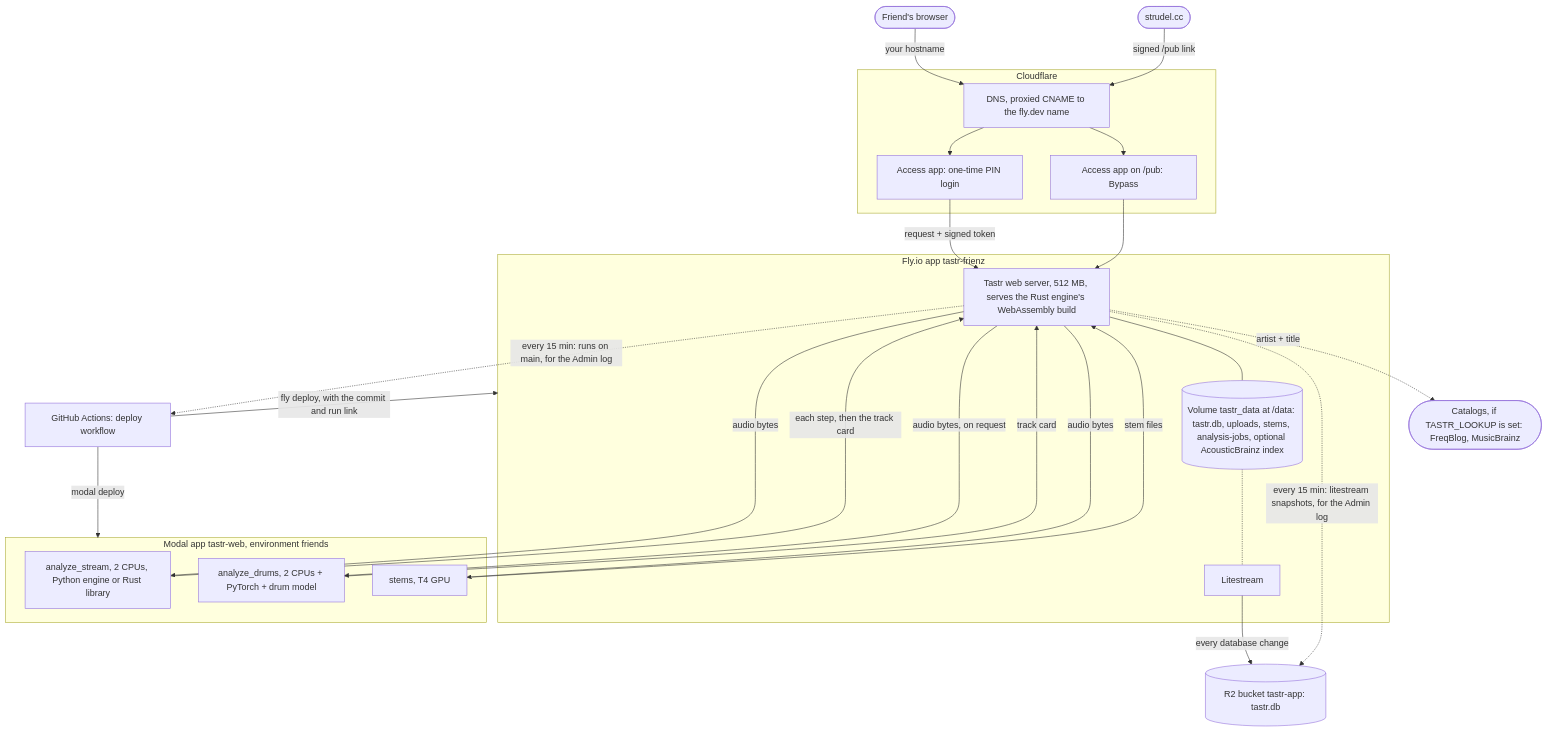
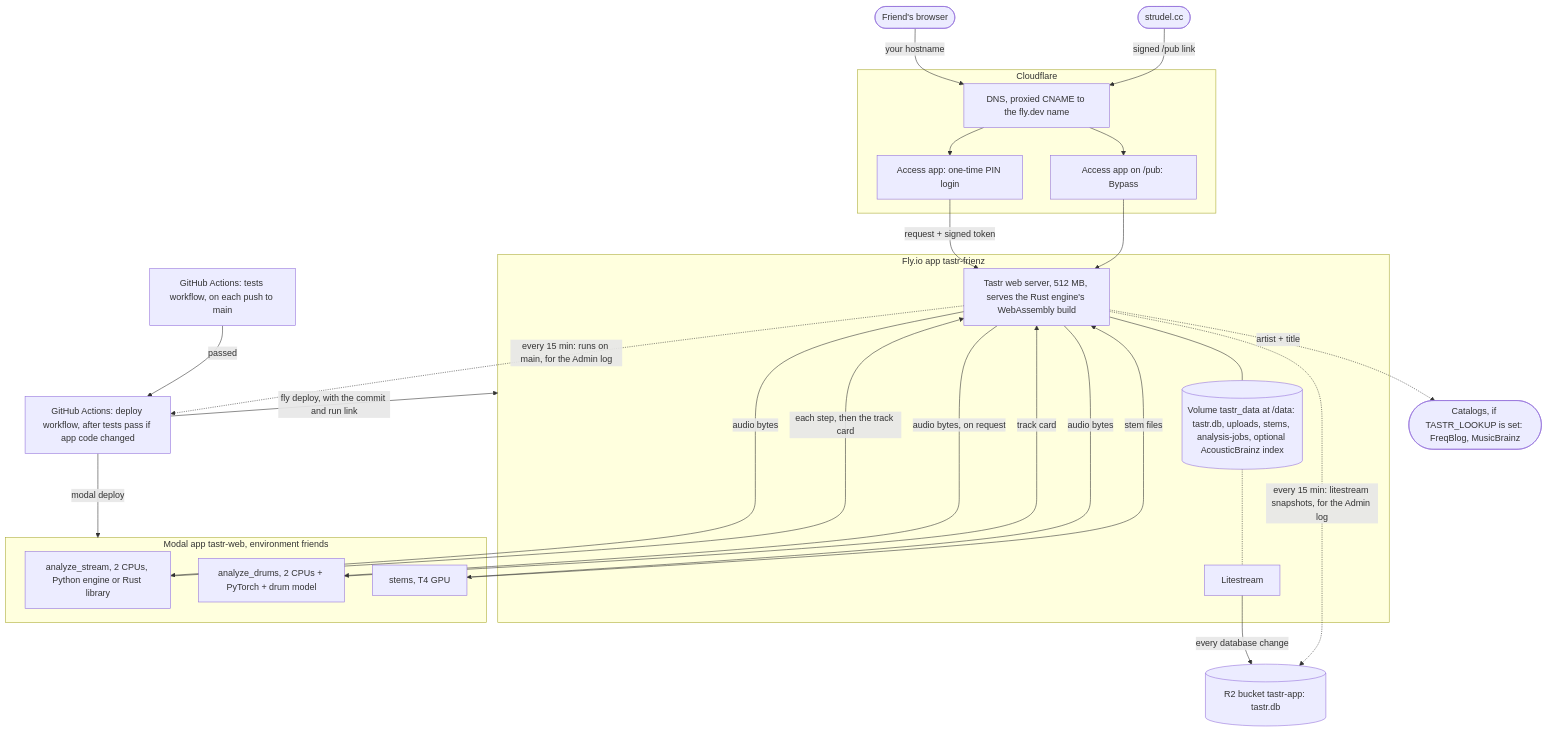
The first of 2 diagrams in docs/hosting-map.md (pocketIlmatto/tastr), drawn with Mermaid before and after one commit. The commit also changed other lines of this file and 3 other files, not shown here.

First line of the commit message:
Deploy automatically after tests pass on main (#71)

````diff
--- a/docs/hosting-map.md
+++ b/docs/hosting-map.md
@@ -25,37 +25,39 @@
 ```mermaid
 flowchart TB
   F([Friend's browser])
   S([strudel.cc])
   subgraph CF[Cloudflare]
     DNS[DNS, proxied CNAME to the fly.dev name]
     ACC[Access app: one-time PIN login]
     BYP[Access app on /pub: Bypass]
   end
   subgraph FLY[Fly.io app tastr-frienz]
     WEB[Tastr web server, 512 MB, serves the Rust engine's WebAssembly build]
     VOL[(Volume tastr_data at /data: tastr.db, uploads, stems, analysis-jobs, optional AcousticBrainz index)]
     LS[Litestream]
   end
   subgraph MOD[Modal app tastr-web, environment friends]
     AN[analyze_stream, 2 CPUs, Python engine or Rust library]
     AD[analyze_drums, 2 CPUs + PyTorch + drum model]
     ST[stems, T4 GPU]
   end
   R2[(R2 bucket tastr-app: tastr.db)]
-  GH[GitHub Actions: deploy workflow]
+  GHT[GitHub Actions: tests workflow, on each push to main]
+  GH[GitHub Actions: deploy workflow, after tests pass if app code changed]
   CAT([Catalogs, if TASTR_LOOKUP is set: FreqBlog, MusicBrainz])
 
   F -->|your hostname| DNS --> ACC -->|request + signed token| WEB
   S -->|signed /pub link| DNS --> BYP --> WEB
   WEB --- VOL
   VOL -.- LS
   LS -->|every database change| R2
   WEB -->|audio bytes| AN -->|each step, then the track card| WEB
   WEB -->|audio bytes, on request| AD -->|track card| WEB
   WEB -->|audio bytes| ST -->|stem files| WEB
   WEB -.->|artist + title| CAT
+  GHT -->|passed| GH
   GH -->|modal deploy| MOD
   GH -->|fly deploy, with the commit and run link| FLY
   WEB -.->|every 15 min: runs on main, for the Admin log| GH
   WEB -.->|every 15 min: litestream snapshots, for the Admin log| R2
 ```
````
